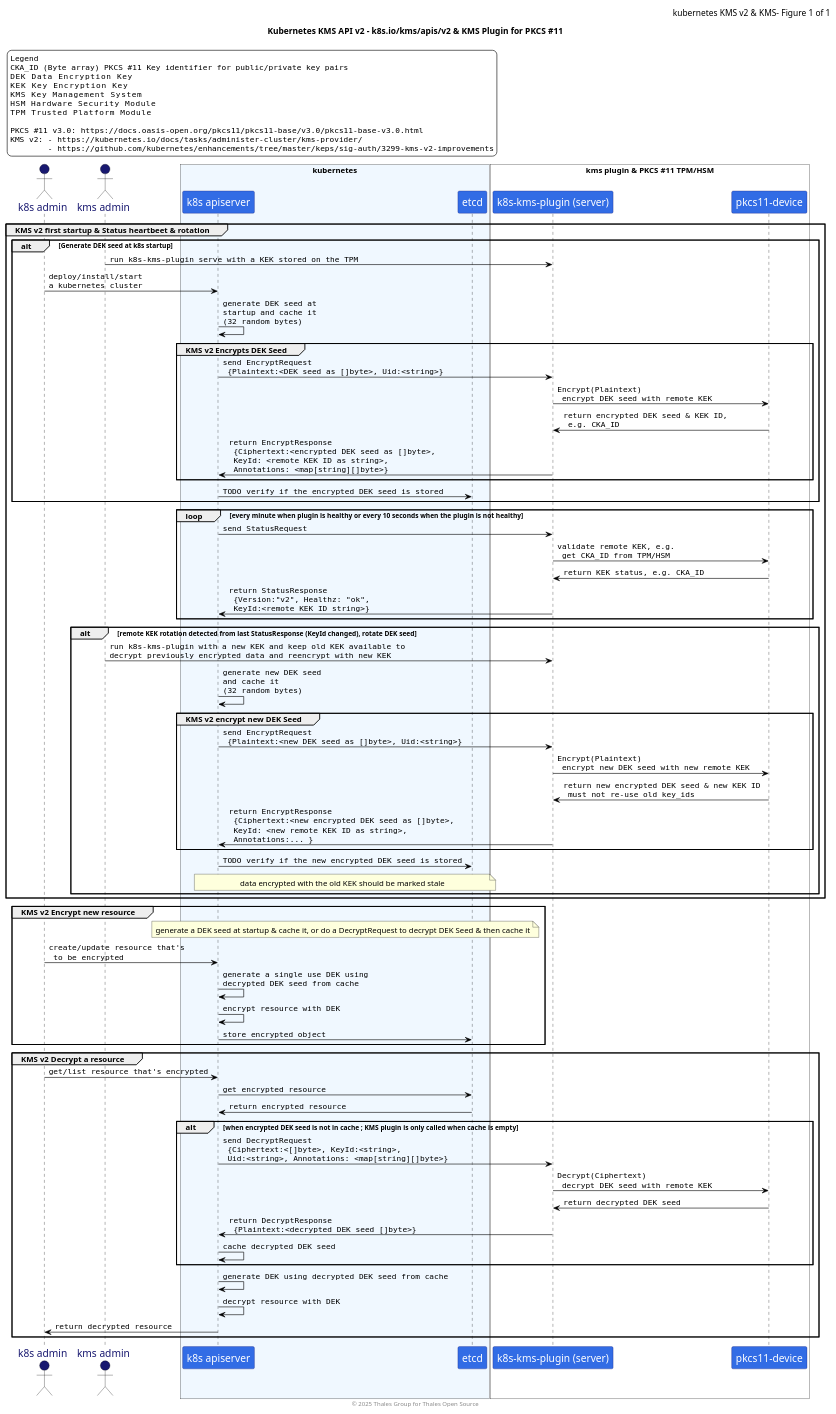
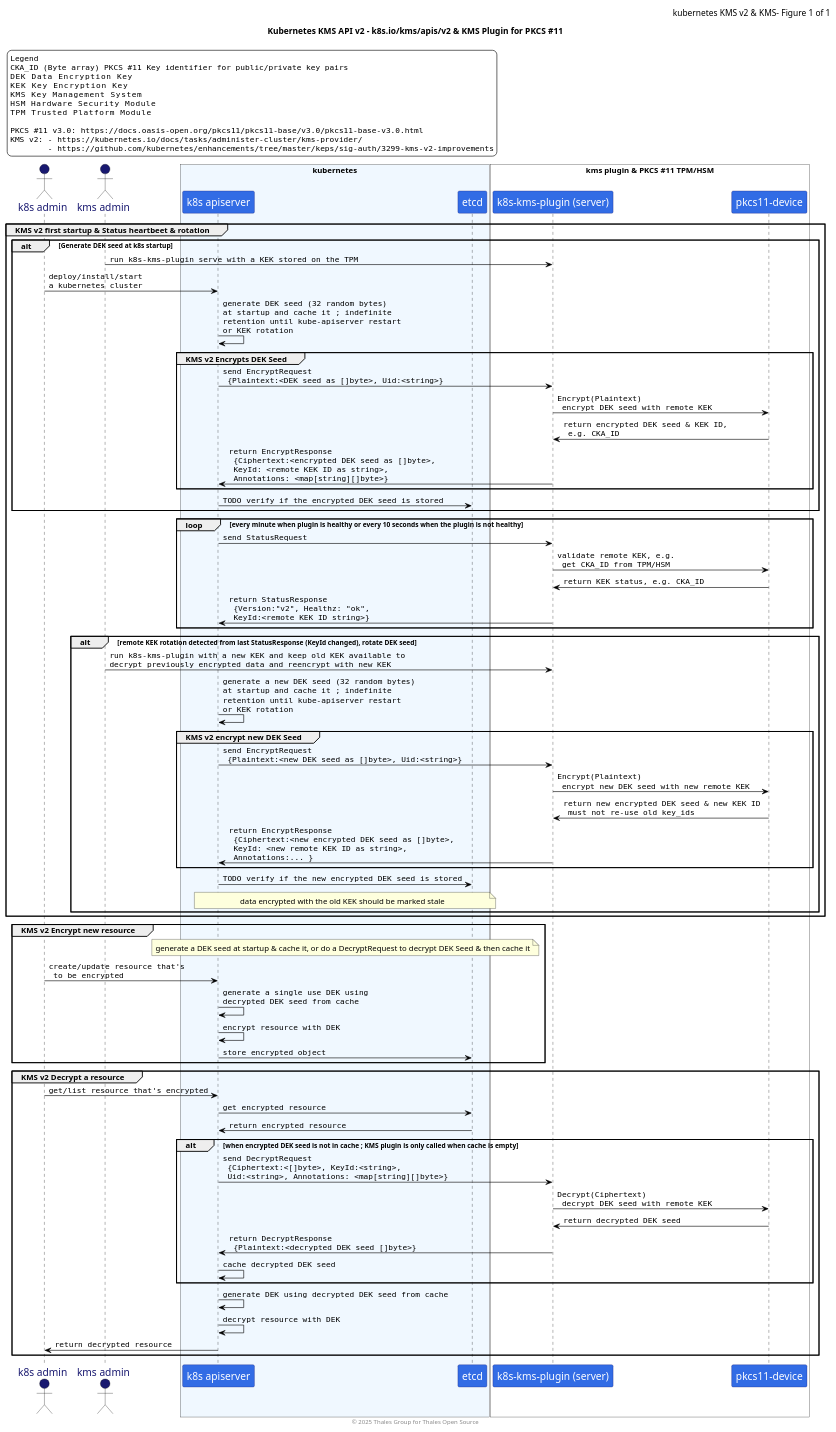
One commit to ThalesGroup/k8s-kms-plugin changed the diagram in docs/puml-diagrams/kmsv2-client-server.sqce-diag.puml. Above: the diagram before and after it, drawn with PlantUML.

Commit message:
add TTL infinite retention for DEK cache

```diff
--- a/docs/puml-diagrams/kmsv2-client-server.sqce-diag.puml
+++ b/docs/puml-diagrams/kmsv2-client-server.sqce-diag.puml
@@ -1,153 +1,153 @@
 @startuml "Kubernetes KMS v2 & KMS Plugin"
 
 '=============================================================================='
 '== PlantUML Appearance parameters ============================================'
 '=============================================================================='
 skinparam shadowing false
 'skinparam backgroundColor transparent
 
 ' enable arrows on same level
 '!pragma teoz true
 
 skinparam legend {
   FontSize 13
   FontName DejaVu Sans Mono
   BorderColor black
   BackgroundColor white
 }
 
 skinparam sequence {
 ArrowColor Black
 ActorBorderColor Black
 LifeLineBorderColor Black
 LifeLineBackgroundColor #A9DCDF
 
 ParticipantBorderColor MidnightBlue
 ParticipantBackgroundColor #326CE5
 ParticipantFontName Impact
 ParticipantFontSize 17
 ParticipantFontColor white
 
 ActorBackgroundColor MidnightBlue
 ActorFontColor MidnightBlue
 ActorFontSize 17
 ActorFontName Aapex
 }
 
 skinparam ArrowFontName DejaVu Sans Mono
 
 
 '=============================================================================='
 '== Title ====================================================================='
 '=============================================================================='
 title
     Kubernetes KMS API v2 - k8s.io/kms/apis/v2 & KMS Plugin for PKCS #11
 end title
 
 skinparam HeaderFontSize 14
 header <font color=black>kubernetes KMS v2 & KMS- Figure %page% of %lastpage%</font>
 footer © 2025 Thales Group for Thales Open Source
 
 ' Legend
 legend top left
     Legend
     CKA_ID (Byte array) PKCS #11 Key identifier for public/private key pairs
     DEK    Data Encryption Key
     KEK    Key Encryption Key
     KMS    Key Management System
     HSM    Hardware Security Module
     TPM    Trusted Platform Module
     
     PKCS #11 v3.0: https://docs.oasis-open.org/pkcs11/pkcs11-base/v3.0/pkcs11-base-v3.0.html
     KMS v2: - https://kubernetes.io/docs/tasks/administer-cluster/kms-provider/
             - https://github.com/kubernetes/enhancements/tree/master/keps/sig-auth/3299-kms-v2-improvements
 end legend
 
 '=============================================================================='
 '== Sequence diagram begins ==================================================='
 '=============================================================================='
 
     actor "k8s admin" as k8sa
     actor "kms admin" as kmsa
 
     box "kubernetes" #AliceBlue
         participant "k8s apiserver" as k8sapisrv
         participant "etcd" as etcd
     end box
 
 
     box "kms plugin & PKCS #11 TPM/HSM" #fff
         participant "k8s-kms-plugin (server)" as kmsplg
         participant "pkcs11-device" as p11
     end box
 
     group KMS v2 first startup & Status heartbeet & rotation
         alt Generate DEK seed at k8s startup
 
         kmsa -> kmsplg : run k8s-kms-plugin serve with a KEK stored on the TPM
         k8sa -> k8sapisrv : deploy/install/start \na kubernetes cluster
-        k8sapisrv -> k8sapisrv : generate DEK seed at \nstartup and cache it \n(32 random bytes)
+        k8sapisrv -> k8sapisrv : generate DEK seed (32 random bytes)\nat startup and cache it ; indefinite \nretention until kube-apiserver restart \nor KEK rotation
 
           group KMS v2 Encrypts DEK Seed
           k8sapisrv -> kmsplg : send EncryptRequest \n {Plaintext:<DEK seed as []byte>, Uid:<string>}
           kmsplg -> p11 : Encrypt(Plaintext) \n encrypt DEK seed with remote KEK
           p11 -> kmsplg : return encrypted DEK seed & KEK ID, \n e.g. CKA_ID
           kmsplg -> k8sapisrv : return EncryptResponse \n {Ciphertext:<encrypted DEK seed as []byte>,\n KeyId: <remote KEK ID as string>, \n Annotations: <map[string][]byte>}
           end
     
         k8sapisrv -> etcd : TODO verify if the encrypted DEK seed is stored
         end
 
         loop every minute when plugin is healthy or every 10 seconds when the plugin is not healthy
         k8sapisrv -> kmsplg : send StatusRequest
         kmsplg -> p11 : validate remote KEK, e.g. \n get CKA_ID from TPM/HSM
         p11 -> kmsplg : return KEK status, e.g. CKA_ID
         kmsplg -> k8sapisrv : return StatusResponse \n {Version:"v2", Healthz: "ok", \n KeyId:<remote KEK ID string>}
         end
 
         alt remote KEK rotation detected from last StatusResponse (KeyId changed), rotate DEK seed
         kmsa -> kmsplg : run k8s-kms-plugin with a new KEK and keep old KEK available to \ndecrypt previously encrypted data and reencrypt with new KEK
-        k8sapisrv -> k8sapisrv : generate new DEK seed \nand cache it \n(32 random bytes)
+        k8sapisrv -> k8sapisrv : generate a new DEK seed (32 random bytes)\nat startup and cache it ; indefinite \nretention until kube-apiserver restart \nor KEK rotation
 
           group KMS v2 encrypt new DEK Seed
           k8sapisrv -> kmsplg : send EncryptRequest \n {Plaintext:<new DEK seed as []byte>, Uid:<string>}
           kmsplg -> p11 : Encrypt(Plaintext) \n encrypt new DEK seed with new remote KEK
           p11 -> kmsplg : return new encrypted DEK seed & new KEK ID \n must not re-use old key_ids
           kmsplg -> k8sapisrv : return EncryptResponse \n {Ciphertext:<new encrypted DEK seed as []byte>,\n KeyId: <new remote KEK ID as string>, \n Annotations:... }
           end
           
         k8sapisrv -> etcd : TODO verify if the new encrypted DEK seed is stored
         note over k8sapisrv, etcd : data encrypted with the old KEK should be marked stale
         end
     end
 
     group KMS v2 Encrypt new resource
 
         note over k8sapisrv, etcd : generate a DEK seed at startup & cache it, or do a DecryptRequest to decrypt DEK Seed & then cache it
 
         k8sa -> k8sapisrv : create/update resource that's \n to be encrypted
         k8sapisrv -> k8sapisrv : generate a single use DEK using \ndecrypted DEK seed from cache
         k8sapisrv -> k8sapisrv : encrypt resource with DEK
         k8sapisrv -> etcd : store encrypted object
     end
 
     group KMS v2 Decrypt a resource
         k8sa -> k8sapisrv : get/list resource that's encrypted
         k8sapisrv -> etcd : get encrypted resource
         etcd -> k8sapisrv : return encrypted resource
 
         alt when encrypted DEK seed is not in cache ; KMS plugin is only called when cache is empty
         k8sapisrv -> kmsplg : send DecryptRequest \n {Ciphertext:<[]byte>, KeyId:<string>, \n Uid:<string>, Annotations: <map[string][]byte>}
         kmsplg -> p11 : Decrypt(Ciphertext) \n decrypt DEK seed with remote KEK
         kmsplg <- p11 : return decrypted DEK seed
         kmsplg -> k8sapisrv : return DecryptResponse \n {Plaintext:<decrypted DEK seed []byte>}
         k8sapisrv -> k8sapisrv : cache decrypted DEK seed
         end
 
         k8sapisrv -> k8sapisrv : generate DEK using decrypted DEK seed from cache
         k8sapisrv -> k8sapisrv : decrypt resource with DEK
 
         k8sapisrv -> k8sa : return decrypted resource
     end
 
 @enduml
```
